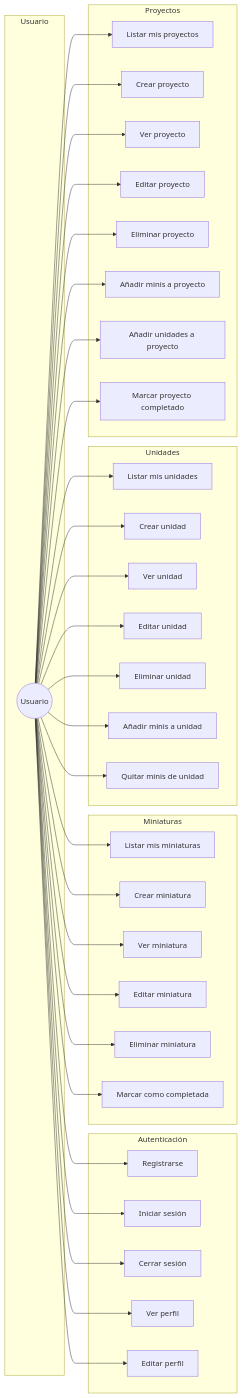
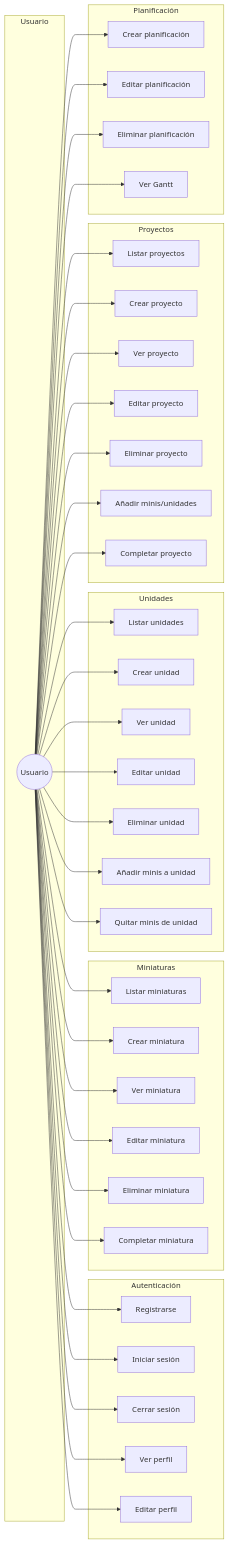
One commit to adriangromero/hobbyplanner changed the first of 3 diagrams in docs/diagrams/use-cases.md. Above: the diagram before and after it, drawn with Mermaid. The commit also changed other lines of this file, not shown here.

````diff
--- a/docs/diagrams/use-cases.md
+++ b/docs/diagrams/use-cases.md
@@ -4,74 +4,80 @@
 ```mermaid
 graph LR
     subgraph Usuario
         U((Usuario))
     end
 
     subgraph Autenticación
         UC1[Registrarse]
         UC2[Iniciar sesión]
         UC3[Cerrar sesión]
         UC4[Ver perfil]
         UC5[Editar perfil]
     end
 
     subgraph Miniaturas
-        UC6[Listar mis miniaturas]
+        UC6[Listar miniaturas]
         UC7[Crear miniatura]
         UC8[Ver miniatura]
         UC9[Editar miniatura]
         UC10[Eliminar miniatura]
-        UC11[Marcar como completada]
+        UC11[Completar miniatura]
     end
 
     subgraph Unidades
-        UC12[Listar mis unidades]
+        UC12[Listar unidades]
         UC13[Crear unidad]
         UC14[Ver unidad]
         UC15[Editar unidad]
         UC16[Eliminar unidad]
         UC17[Añadir minis a unidad]
         UC18[Quitar minis de unidad]
     end
 
     subgraph Proyectos
-        UC19[Listar mis proyectos]
+        UC19[Listar proyectos]
         UC20[Crear proyecto]
         UC21[Ver proyecto]
         UC22[Editar proyecto]
         UC23[Eliminar proyecto]
-        UC24[Añadir minis a proyecto]
-        UC25[Añadir unidades a proyecto]
-        UC26[Marcar proyecto completado]
+        UC24[Añadir minis/unidades]
+        UC25[Completar proyecto]
+    end
+
+    subgraph Planificación
+        UC26[Crear planificación]
+        UC27[Editar planificación]
+        UC28[Eliminar planificación]
+        UC29[Ver Gantt]
     end
 
     U --> UC1
     U --> UC2
     U --> UC3
     U --> UC4
     U --> UC5
-
     U --> UC6
     U --> UC7
     U --> UC8
     U --> UC9
     U --> UC10
     U --> UC11
-
     U --> UC12
     U --> UC13
     U --> UC14
     U --> UC15
     U --> UC16
     U --> UC17
     U --> UC18
-
     U --> UC19
     U --> UC20
     U --> UC21
     U --> UC22
     U --> UC23
     U --> UC24
     U --> UC25
     U --> UC26
+    U --> UC27
+    U --> UC28
+    U --> UC29
 ```
````
